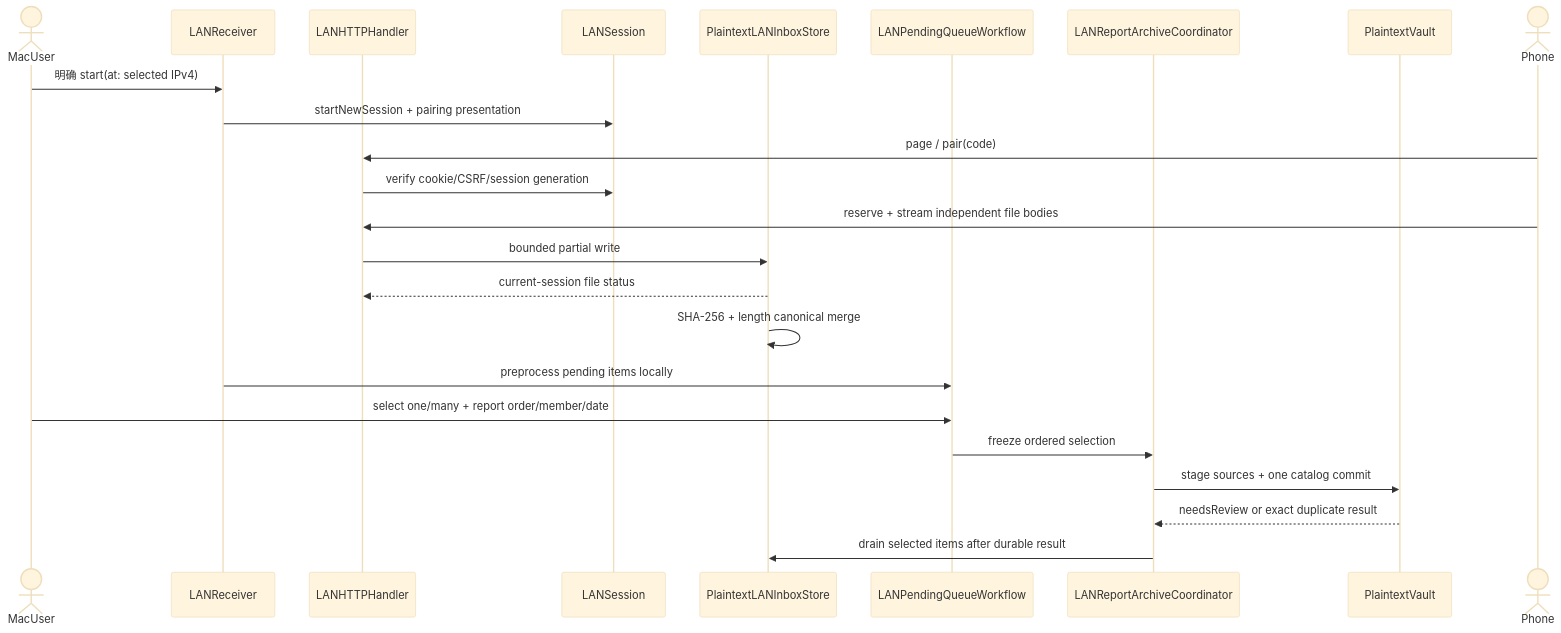
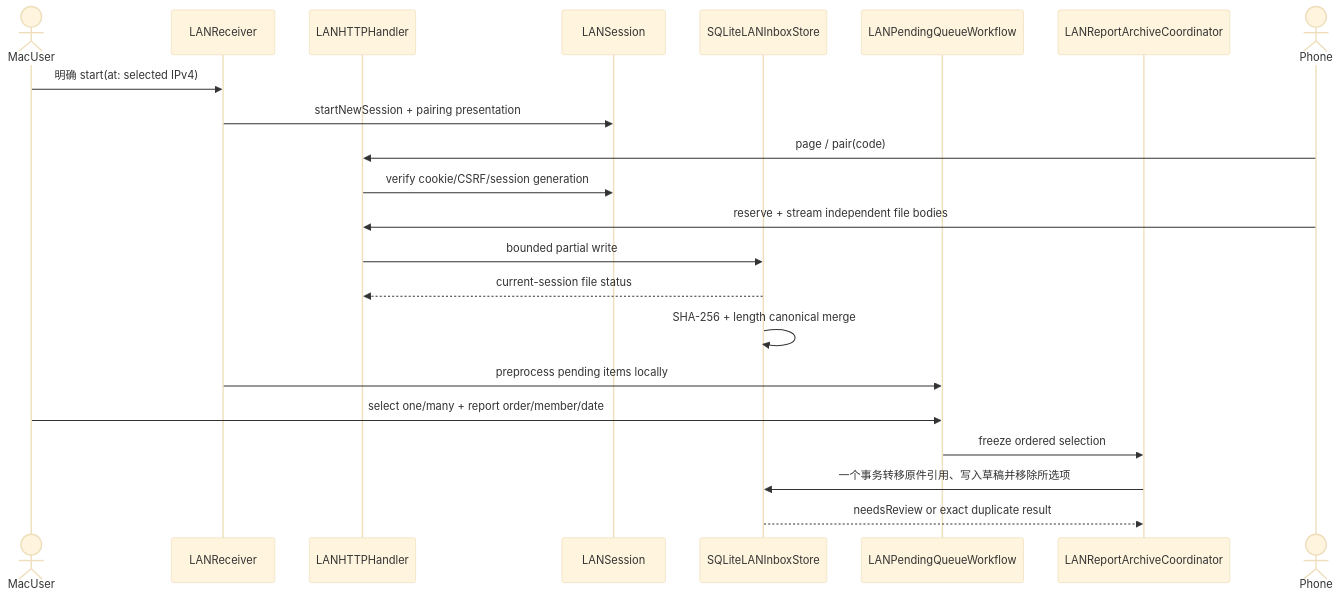
Before and after one commit to renyijiu/kinlogue: the fourth of 4 diagrams in docs/architecture.md, drawn with Mermaid (base theme). The commit also changed other lines of this file and 317 other files, not shown here.

First line of the commit message:
refactor(storage): move the library to SQLite and remove the JSON store (#21)

````diff
--- a/docs/architecture.md
+++ b/docs/architecture.md
@@ -126,26 +130,24 @@
 ```mermaid
 sequenceDiagram
   actor MacUser
   participant Receiver as LANReceiver
   participant HTTP as LANHTTPHandler
   participant Session as LANSession
-  participant Inbox as PlaintextLANInboxStore
+  participant Inbox as SQLiteLANInboxStore
   participant Workflow as LANPendingQueueWorkflow
   participant Archive as LANReportArchiveCoordinator
-  participant Vault as PlaintextVault
   MacUser->>Receiver: 明确 start(at: selected IPv4)
   Receiver->>Session: startNewSession + pairing presentation
   actor Phone
   Phone->>HTTP: page / pair(code)
   HTTP->>Session: verify cookie/CSRF/session generation
   Phone->>HTTP: reserve + stream independent file bodies
   HTTP->>Inbox: bounded partial write
   Inbox-->>HTTP: current-session file status
   Inbox->>Inbox: SHA-256 + length canonical merge
   Receiver->>Workflow: preprocess pending items locally
   MacUser->>Workflow: select one/many + report order/member/date
   Workflow->>Archive: freeze ordered selection
-  Archive->>Vault: stage sources + one catalog commit
-  Vault-->>Archive: needsReview or exact duplicate result
-  Archive->>Inbox: drain selected items after durable result
+  Archive->>Inbox: 一个事务转移原件引用、写入草稿并移除所选项
+  Inbox-->>Archive: needsReview or exact duplicate result
 ```
````
